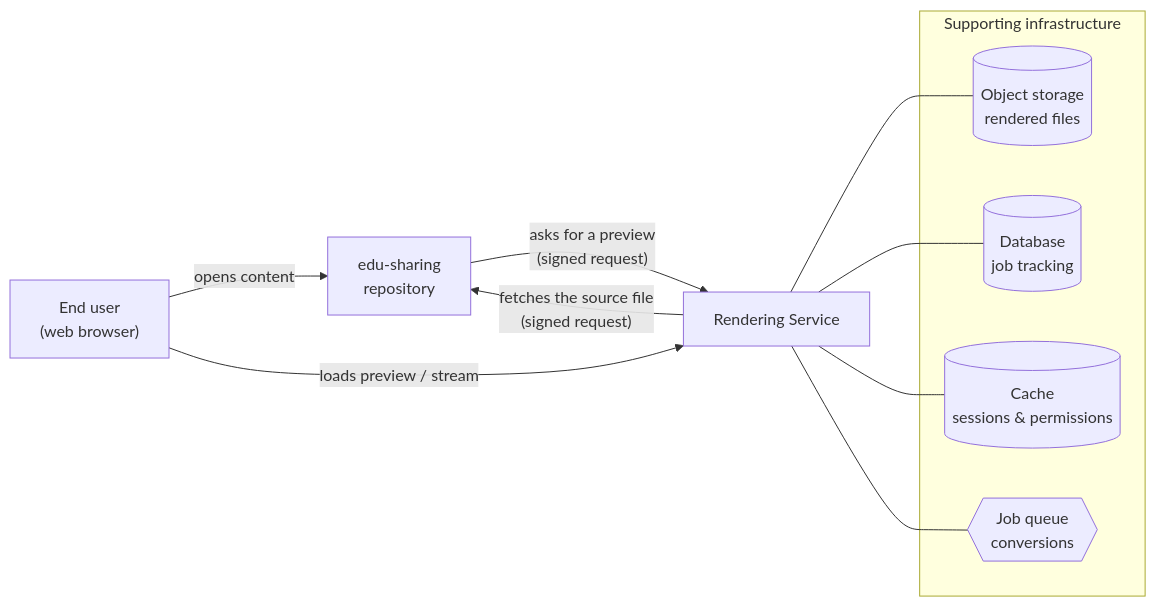
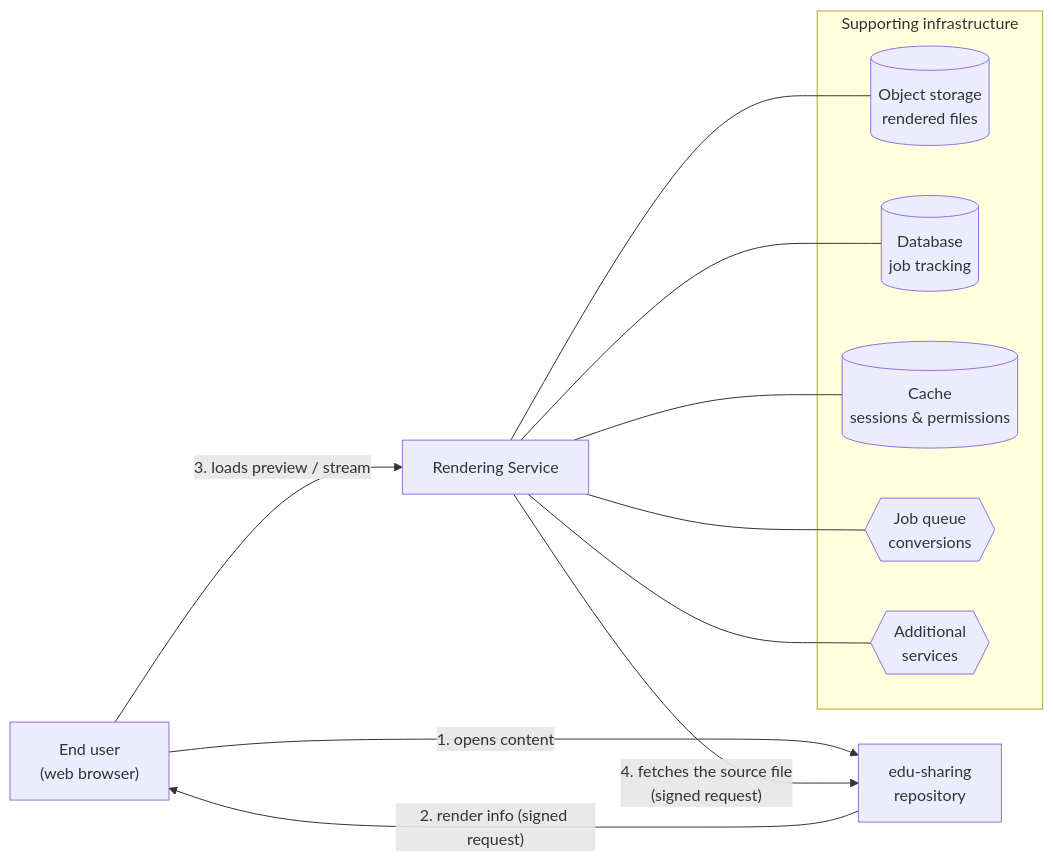
One commit to edu-sharing/edu-sharing-community-services-rendering2 changed the first of 8 diagrams in docs/ARCHITECTURE.md. Above: the diagram before and after it, drawn with Mermaid. The commit also changed other lines of this file, not shown here.

````diff
--- a/docs/ARCHITECTURE.md
+++ b/docs/ARCHITECTURE.md
@@ -32,23 +32,25 @@
 ```mermaid
 flowchart LR
     user["End user<br/>(web browser)"]
     repo["edu-sharing<br/>repository"]
     rs["Rendering Service"]
 
     subgraph infra["Supporting infrastructure"]
         store[("Object storage<br/>rendered files")]
         db[("Database<br/>job tracking")]
         cache[("Cache<br/>sessions & permissions")]
         queue{{"Job queue<br/>conversions"}}
+        additional{{"Additional<br/>services"}}
     end
 
-    repo -- "asks for a preview<br/>(signed request)" --> rs
-    rs -- "fetches the source file<br/>(signed request)" --> repo
-    user -- "opens content" --> repo
-    user -- "loads preview / stream" --> rs
+    user -- "1. opens content" --> repo
+    repo -- "2. render info (signed request)" --> user
+    user -- "3. loads preview / stream" --> rs
+    rs -- "4. fetches the source file<br/>(signed request)" --> repo
 
     rs --- store
     rs --- db
     rs --- cache
     rs --- queue
+    rs --- additional
 ```
````
